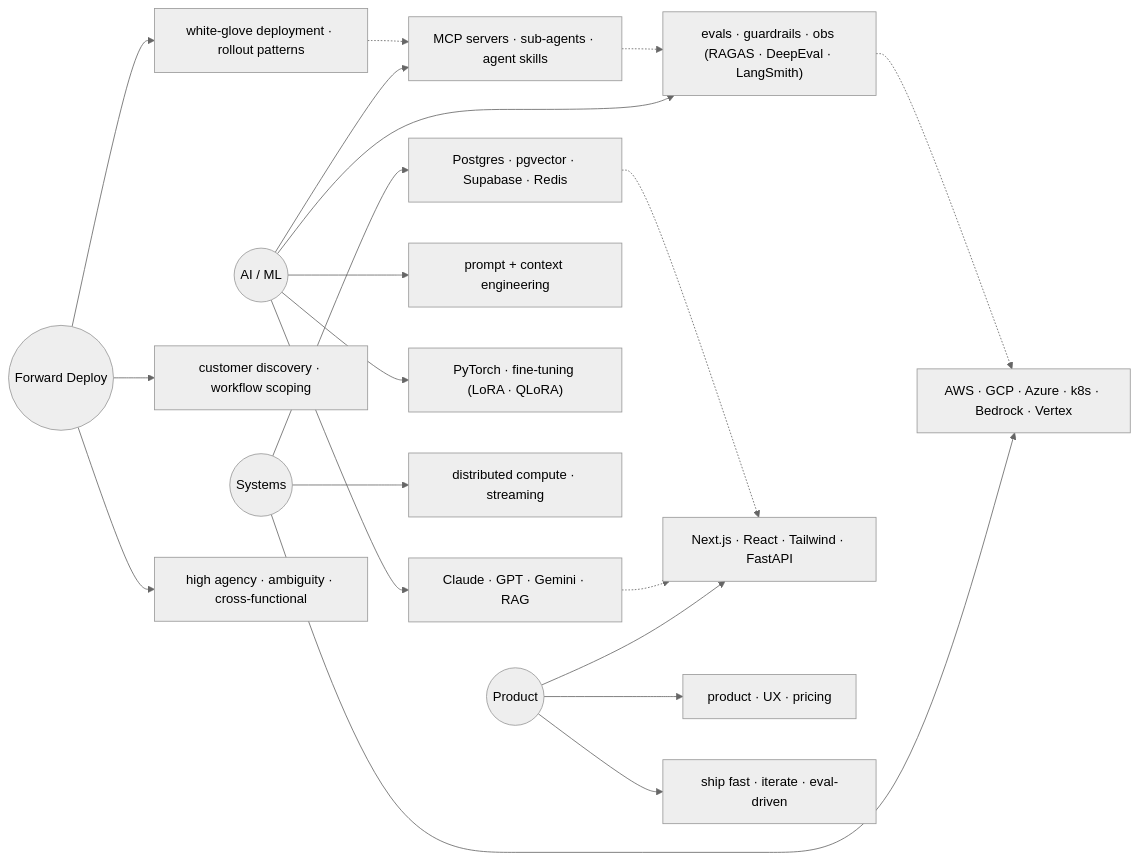
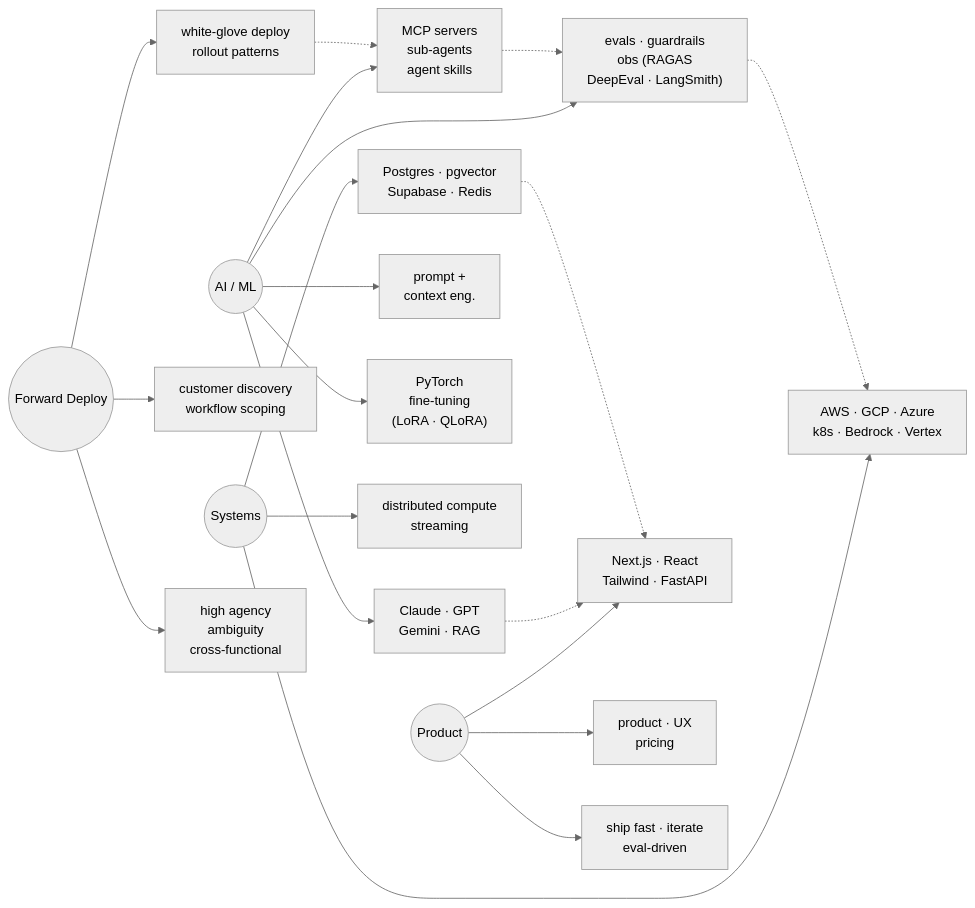
One commit to ml-lubich/ml-lubich changed the third of 3 diagrams in README.md. Above: the diagram before and after it, drawn with Mermaid (neutral theme).

Commit message:
docs(readme): wrap skill-graph node labels to prevent horizontal clipping

````diff
--- a/README.md
+++ b/README.md
@@ -121,42 +121,42 @@
 ```mermaid
 flowchart LR
     AI(("AI / ML"))
     SYS(("Systems"))
     FDE(("Forward Deploy"))
     PROD(("Product"))
 
-    LLM["Claude · GPT · Gemini · RAG"]
-    AGENT["MCP servers · sub-agents · agent skills"]
-    PROMPT["prompt + context engineering"]
-    EVAL["evals · guardrails · obs (RAGAS · DeepEval · LangSmith)"]
-    DL["PyTorch · fine-tuning (LoRA · QLoRA)"]
-    DIST["distributed compute · streaming"]
-    CLOUD["AWS · GCP · Azure · k8s · Bedrock · Vertex"]
-    DB["Postgres · pgvector · Supabase · Redis"]
-    DISCOVERY["customer discovery · workflow scoping"]
-    DELIVERY["white-glove deployment · rollout patterns"]
-    HIGH["high agency · ambiguity · cross-functional"]
-    WEB["Next.js · React · Tailwind · FastAPI"]
-    UX["product · UX · pricing"]
-    SHIP["ship fast · iterate · eval-driven"]
+    LLM["Claude · GPT<br/>Gemini · RAG"]
+    AGENT["MCP servers<br/>sub-agents<br/>agent skills"]
+    PROMPT["prompt +<br/>context eng."]
+    EVAL["evals · guardrails<br/>obs (RAGAS<br/>DeepEval · LangSmith)"]
+    DL["PyTorch<br/>fine-tuning<br/>(LoRA · QLoRA)"]
+    DIST["distributed compute<br/>streaming"]
+    CLOUD["AWS · GCP · Azure<br/>k8s · Bedrock · Vertex"]
+    DB["Postgres · pgvector<br/>Supabase · Redis"]
+    DISCOVERY["customer discovery<br/>workflow scoping"]
+    DELIVERY["white-glove deploy<br/>rollout patterns"]
+    HIGH["high agency<br/>ambiguity<br/>cross-functional"]
+    WEB["Next.js · React<br/>Tailwind · FastAPI"]
+    UX["product · UX<br/>pricing"]
+    SHIP["ship fast · iterate<br/>eval-driven"]
 
     AI --> LLM
     AI --> AGENT
     AI --> PROMPT
     AI --> EVAL
     AI --> DL
     SYS --> DIST
     SYS --> CLOUD
     SYS --> DB
     FDE --> DISCOVERY
     FDE --> DELIVERY
     FDE --> HIGH
     PROD --> WEB
     PROD --> UX
     PROD --> SHIP
     AGENT -.-> EVAL
     EVAL  -.-> CLOUD
     LLM   -.-> WEB
     DB    -.-> WEB
     DELIVERY -.-> AGENT
 ```
````
